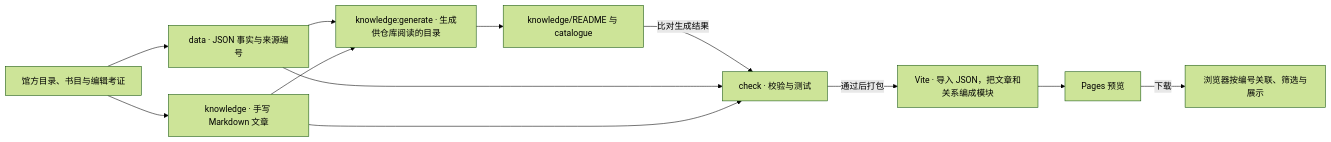
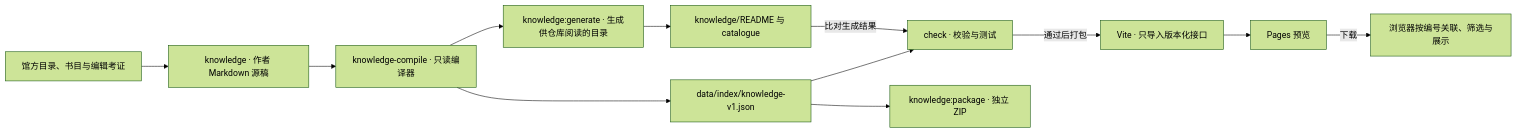
One commit to yang963852/beitie-atlas changed the fourth of 5 diagrams in docs/engineering-plan.md. Above: the diagram before and after it, drawn with Mermaid (forest theme). The commit also changed other lines of this file and 531 other files, not shown here.

Commit message:
feat: integrate Trae Markdown knowledge rebuild and five editorial examples

````diff
--- a/docs/engineering-plan.md
+++ b/docs/engineering-plan.md
@@ -76,14 +76,14 @@
 ```mermaid
 flowchart LR
-  evidence["馆方目录、书目与编辑考证"] --> facts["data · JSON 事实与来源编号"]
-  evidence --> prose["knowledge · 手写 Markdown 文章"]
-  facts --> gen["knowledge:generate · 生成供仓库阅读的目录"]
-  prose --> gen
+  evidence["馆方目录、书目与编辑考证"] --> source["knowledge · 作者 Markdown 源稿"]
+  source --> compiler["knowledge-compile · 只读编译器"]
+  compiler --> iface["data/index/knowledge-v1.json"]
+  compiler --> gen["knowledge:generate · 生成供仓库阅读的目录"]
   gen --> index["knowledge/README 与 catalogue"]
   index -->|比对生成结果| check["check · 校验与测试"]
-  facts --> check
-  prose --> check
-  check -->|通过后打包| bundle["Vite · 导入 JSON，把文章和关系编成模块"]
+  iface --> check
+  check -->|通过后打包| bundle["Vite · 只导入版本化接口"]
   bundle --> site["Pages 预览"]
   site -->|下载| read["浏览器按编号关联、筛选与展示"]
+  iface --> zip["knowledge:package · 独立 ZIP"]
 ```
````
